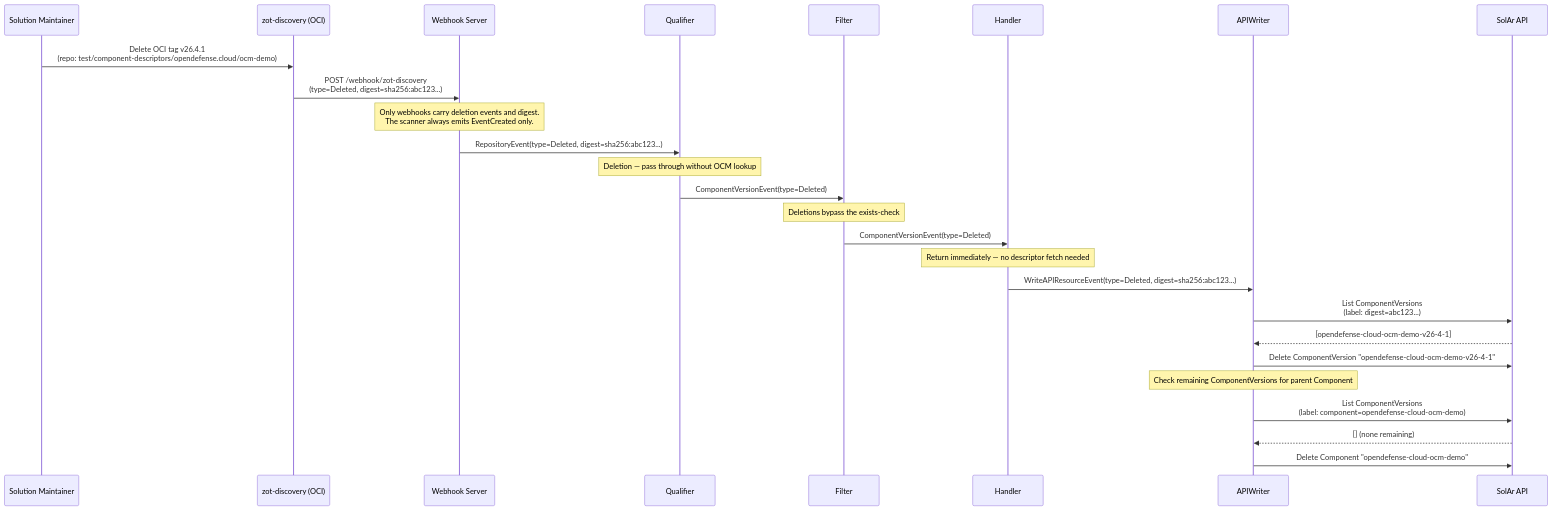
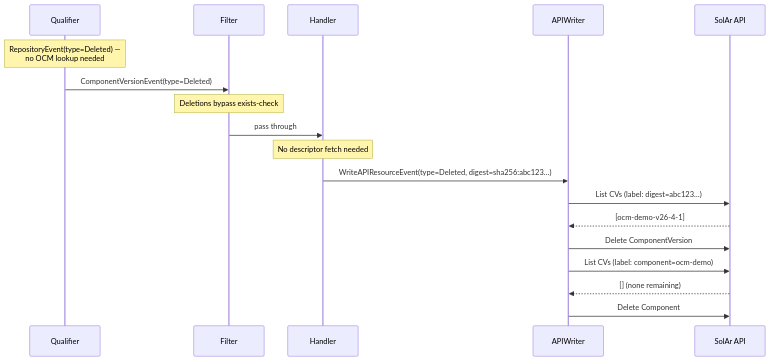
One commit to opendefensecloud/solution-arsenal changed the sixth of 6 diagrams in docs/developer-guide/discovery_pipeline.md. Above: the diagram before and after it, drawn with Mermaid. The commit also changed other lines of this file and 1 other file, not shown here.

Commit message:
docs: improved diagrams

````diff
--- a/docs/developer-guide/discovery_pipeline.md
+++ b/docs/developer-guide/discovery_pipeline.md
@@ -164,30 +185,21 @@
 ```mermaid
 sequenceDiagram
-    participant Dev as Solution Maintainer
-    participant Reg as zot-discovery (OCI)
-    participant Webhook as Webhook Server
     participant Qualifier as Qualifier
     participant Filter as Filter
     participant Handler as Handler
     participant Writer as APIWriter
     participant K8s as SolAr API
 
-    Dev->>Reg: Delete OCI tag v26.4.1<br/>(repo: test/component-descriptors/opendefense.cloud/ocm-demo)
-    Reg->>Webhook: POST /webhook/zot-discovery<br/>(type=Deleted, digest=sha256:abc123...)
-    Note over Webhook: Only webhooks carry deletion events and digest.<br/>The scanner always emits EventCreated only.
-    Webhook->>Qualifier: RepositoryEvent(type=Deleted, digest=sha256:abc123...)
-    Note over Qualifier: Deletion — pass through without OCM lookup
+    Note over Qualifier: RepositoryEvent(type=Deleted) —<br/>no OCM lookup needed
     Qualifier->>Filter: ComponentVersionEvent(type=Deleted)
-    Note over Filter: Deletions bypass the exists-check
-    Filter->>Handler: ComponentVersionEvent(type=Deleted)
-    Note over Handler: Return immediately — no descriptor fetch needed
-    Handler->>Writer: WriteAPIResourceEvent(type=Deleted, digest=sha256:abc123...)
-
-    Writer->>K8s: List ComponentVersions<br/>(label: digest=abc123...)
-    K8s-->>Writer: [opendefense-cloud-ocm-demo-v26-4-1]
-    Writer->>K8s: Delete ComponentVersion "opendefense-cloud-ocm-demo-v26-4-1"
-    Note over Writer: Check remaining ComponentVersions for parent Component
-    Writer->>K8s: List ComponentVersions<br/>(label: component=opendefense-cloud-ocm-demo)
+    Note over Filter: Deletions bypass exists-check
+    Filter->>Handler: pass through
+    Note over Handler: No descriptor fetch needed
+    Handler->>Writer: WriteAPIResourceEvent(type=Deleted, digest=sha256:abc123…)
+    Writer->>K8s: List CVs (label: digest=abc123…)
+    K8s-->>Writer: [ocm-demo-v26-4-1]
+    Writer->>K8s: Delete ComponentVersion
+    Writer->>K8s: List CVs (label: component=ocm-demo)
     K8s-->>Writer: [] (none remaining)
-    Writer->>K8s: Delete Component "opendefense-cloud-ocm-demo"
+    Writer->>K8s: Delete Component
 ```
````
